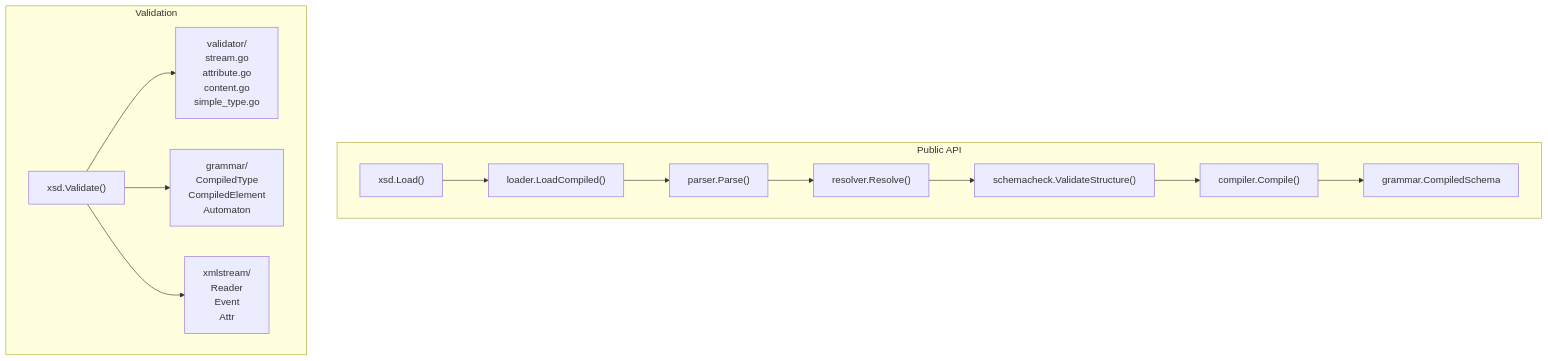
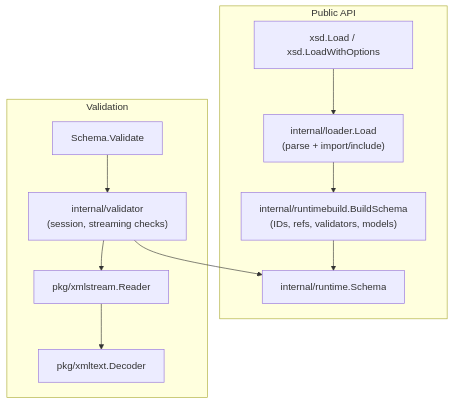
The second of 5 diagrams in docs/architecture.md (jacoelho/xsd), drawn with Mermaid before and after one commit. The commit also changed other lines of this file and 285 other files, not shown here.

First line of the commit message:
refactor: runtime schema build and validation engine (#40)

````diff
--- a/docs/architecture.md
+++ b/docs/architecture.md
@@ -45,11 +46,12 @@
 ```mermaid
 flowchart TD
   subgraph PublicAPI["Public API"]
-    Load["xsd.Load()"] --> LoadCompiled["loader.LoadCompiled()"] --> Parse["parser.Parse()"] --> Resolve["resolver.Resolve()"] --> SchemaCheck["schemacheck.ValidateStructure()"] --> Compile["compiler.Compile()"] --> Compiled["grammar.CompiledSchema"]
+    Load["xsd.Load / xsd.LoadWithOptions"] --> Loader["internal/loader.Load<br/>(parse + import/include)"] --> Build["internal/runtimebuild.BuildSchema<br/>(IDs, refs, validators, models)"] --> Runtime["internal/runtime.Schema"]
   end
   subgraph Validation
-    Validate["xsd.Validate()"] --> ValidatorPkg["validator/<br/>stream.go<br/>attribute.go<br/>content.go<br/>simple_type.go"]
-    Validate --> GrammarPkg["grammar/<br/>CompiledType<br/>CompiledElement<br/>Automaton"]
-    Validate --> XMLPkg["xmlstream/<br/>Reader<br/>Event<br/>Attr"]
+    Validate["Schema.Validate"] --> ValidatorPkg["internal/validator<br/>(session, streaming checks)"]
+    ValidatorPkg --> Runtime
+    ValidatorPkg --> XMLPkg["pkg/xmlstream.Reader"]
+    XMLPkg --> XMLText["pkg/xmltext.Decoder"]
   end
 ```
````
